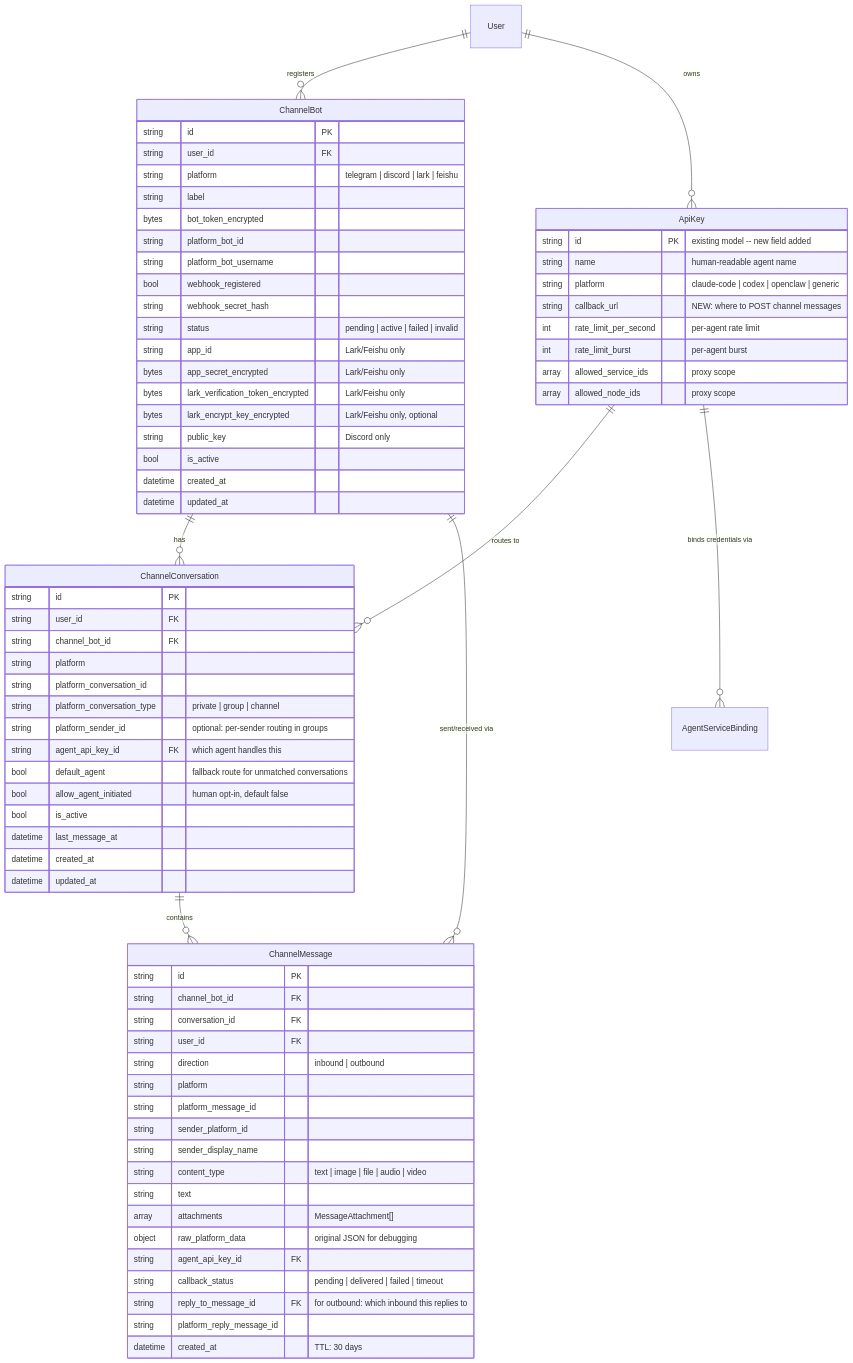
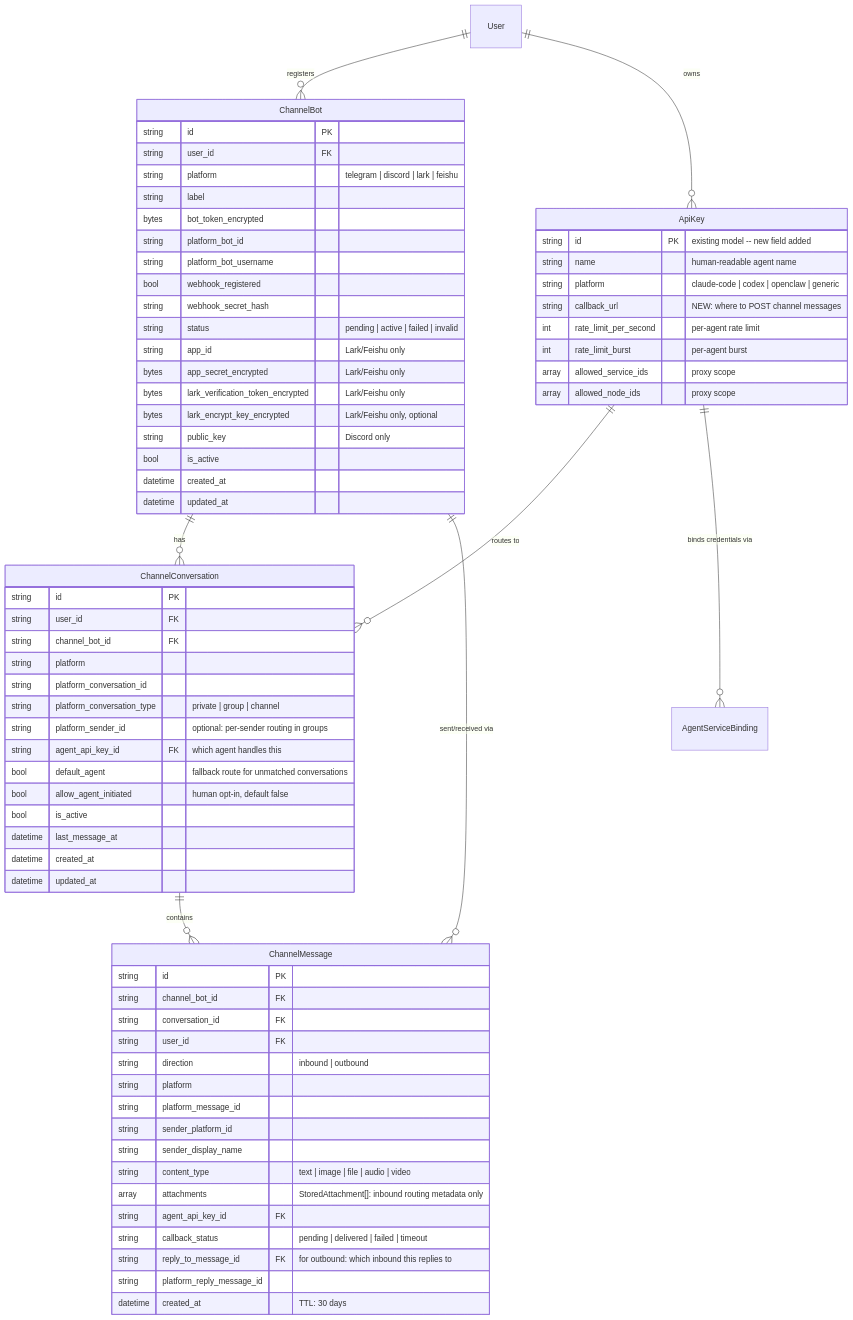
The eighth of 17 diagrams in docs/CHANNEL_BOT_RELAY.md (ChronoAIProject/NyxID), drawn with Mermaid before and after one commit. The commit also changed other lines of this file and 68 other files, not shown here.

Commit message:
feat(channels): inbound/outbound media on all channels and platform catalog endpoint

````diff
--- a/docs/CHANNEL_BOT_RELAY.md
+++ b/docs/CHANNEL_BOT_RELAY.md
@@ -403,80 +403,78 @@
 ```mermaid
 erDiagram
     User ||--o{ ChannelBot : registers
     User ||--o{ ApiKey : owns
     ChannelBot ||--o{ ChannelConversation : has
     ApiKey ||--o{ ChannelConversation : "routes to"
     ApiKey ||--o{ AgentServiceBinding : "binds credentials via"
     ChannelConversation ||--o{ ChannelMessage : contains
     ChannelBot ||--o{ ChannelMessage : "sent/received via"
 
     ApiKey {
         string id PK "existing model -- new field added"
         string name "human-readable agent name"
         string platform "claude-code | codex | openclaw | generic"
         string callback_url "NEW: where to POST channel messages"
         int rate_limit_per_second "per-agent rate limit"
         int rate_limit_burst "per-agent burst"
         array allowed_service_ids "proxy scope"
         array allowed_node_ids "proxy scope"
     }
 
     ChannelBot {
         string id PK
         string user_id FK
         string platform "telegram | discord | lark | feishu"
         string label
         bytes bot_token_encrypted
         string platform_bot_id
         string platform_bot_username
         bool webhook_registered
         string webhook_secret_hash
         string status "pending | active | failed | invalid"
         string app_id "Lark/Feishu only"
         bytes app_secret_encrypted "Lark/Feishu only"
         bytes lark_verification_token_encrypted "Lark/Feishu only"
         bytes lark_encrypt_key_encrypted "Lark/Feishu only, optional"
         string public_key "Discord only"
         bool is_active
         datetime created_at
         datetime updated_at
     }
 
     ChannelConversation {
         string id PK
         string user_id FK
         string channel_bot_id FK
         string platform
         string platform_conversation_id
         string platform_conversation_type "private | group | channel"
         string platform_sender_id "optional: per-sender routing in groups"
         string agent_api_key_id FK "which agent handles this"
         bool default_agent "fallback route for unmatched conversations"
         bool allow_agent_initiated "human opt-in, default false"
         bool is_active
         datetime last_message_at
         datetime created_at
         datetime updated_at
     }
 
     ChannelMessage {
         string id PK
         string channel_bot_id FK
         string conversation_id FK
         string user_id FK
         string direction "inbound | outbound"
         string platform
         string platform_message_id
         string sender_platform_id
         string sender_display_name
         string content_type "text | image | file | audio | video"
-        string text
-        array attachments "MessageAttachment[]"
-        object raw_platform_data "original JSON for debugging"
+        array attachments "StoredAttachment[]: inbound routing metadata only"
         string agent_api_key_id FK
         string callback_status "pending | delivered | failed | timeout"
         string reply_to_message_id FK "for outbound: which inbound this replies to"
         string platform_reply_message_id
         datetime created_at "TTL: 30 days"
     }
 ```
````
